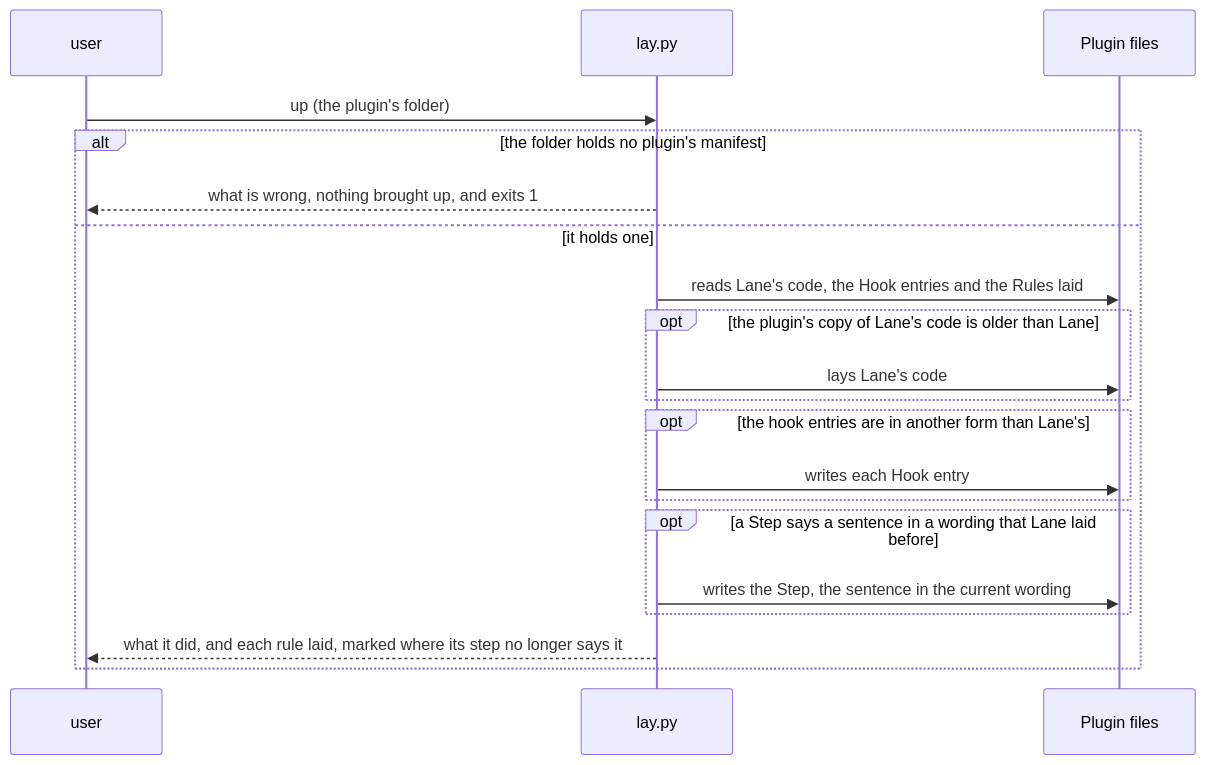
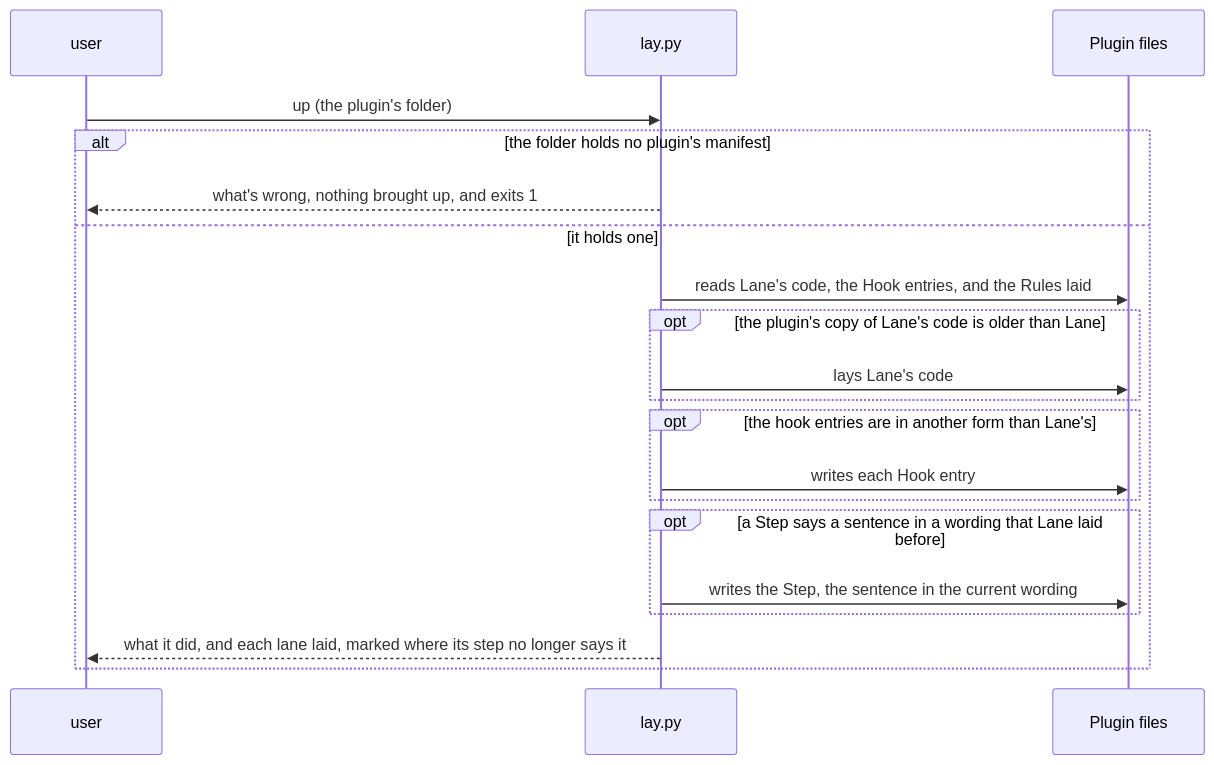
One commit to lovaizu/ccpm changed the seventh of 7 diagrams in dev/lane/architecture.md. Above: the diagram before and after it, drawn with Mermaid. The commit also changed other lines of this file and 7 other files, not shown here.

````diff
--- a/dev/lane/architecture.md
+++ b/dev/lane/architecture.md
@@ -677,22 +805,22 @@
 ```mermaid
 sequenceDiagram
   participant U as user
   participant L as lay.py
   participant PF as Plugin files
   U->>L: up (the plugin's folder)
   alt the folder holds no plugin's manifest
-    L-->>U: what is wrong, nothing brought up, and exits 1
+    L-->>U: what's wrong, nothing brought up, and exits 1
   else it holds one
-    L->>PF: reads Lane's code, the Hook entries and the Rules laid
+    L->>PF: reads Lane's code, the Hook entries, and the Rules laid
     opt the plugin's copy of Lane's code is older than Lane
       L->>PF: lays Lane's code
     end
     opt the hook entries are in another form than Lane's
       L->>PF: writes each Hook entry
     end
     opt a Step says a sentence in a wording that Lane laid before
       L->>PF: writes the Step, the sentence in the current wording
     end
-    L-->>U: what it did, and each rule laid, marked where its step no longer says it
+    L-->>U: what it did, and each lane laid, marked where its step no longer says it
   end
 ```
````
